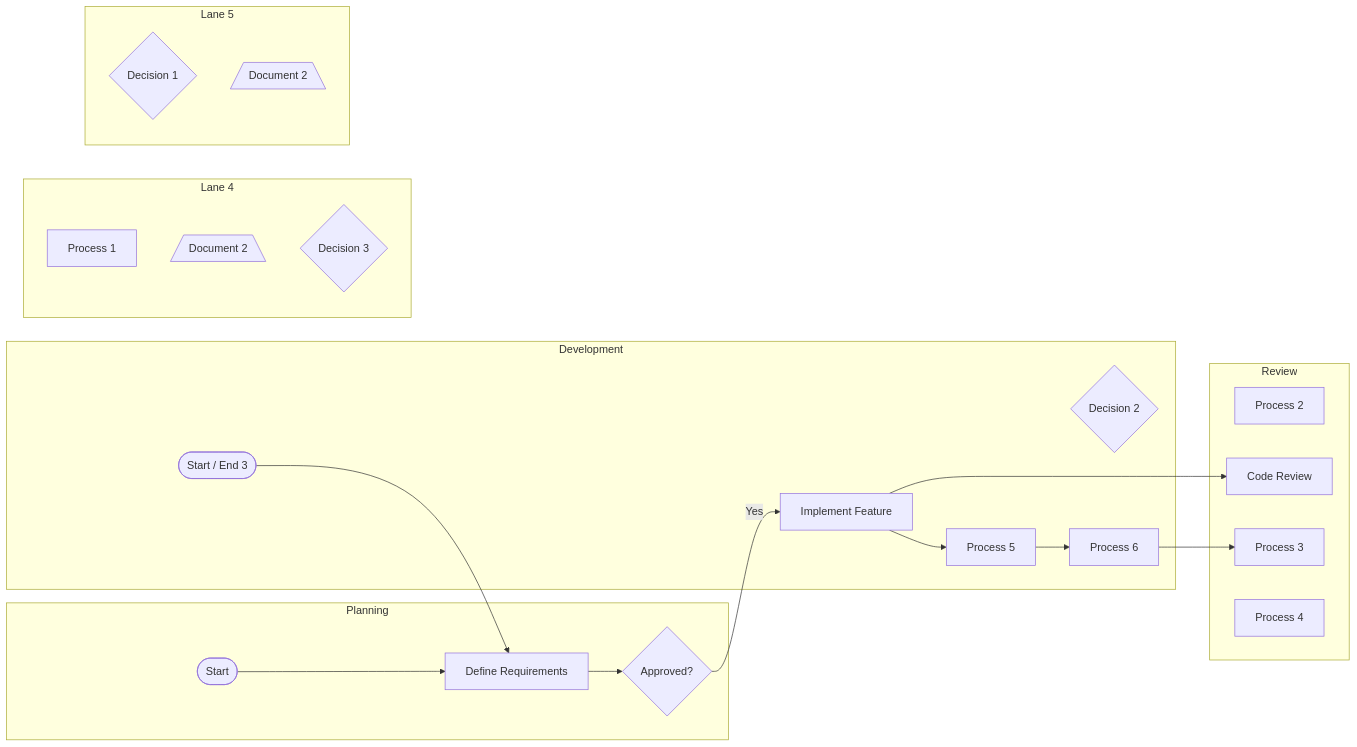
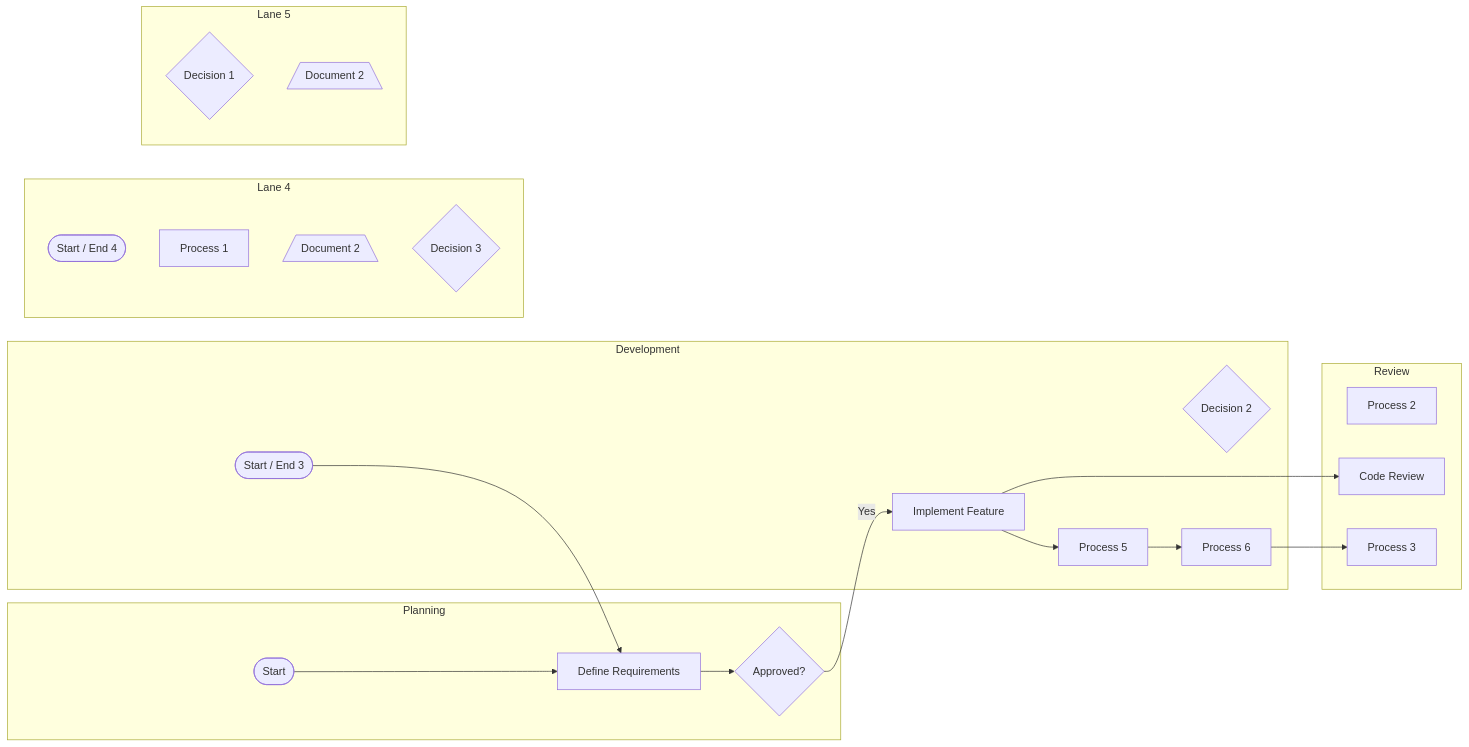
Before and after one commit to pingpm/mermaid_vault: the diagram in mmd/123_9b882ae4-c4df-432b-9e50-9fb05b2c95e5.mmd, drawn with Mermaid. The commit also changed 2 other files, not shown here.

Commit message:
Sync Mermaid Studio data (14 diagrams)

```diff
--- a/mmd/123_9b882ae4-c4df-432b-9e50-9fb05b2c95e5.mmd
+++ b/mmd/123_9b882ae4-c4df-432b-9e50-9fb05b2c95e5.mmd
@@ -1,36 +1,36 @@
 flowchart LR
   subgraph lane_0["Planning"]
     t_0{"Approved?"}
     t_1["Define Requirements"]
     t_2(["Start"])
   end
   subgraph lane_1["Development"]
     t_3{"Decision 2"}
     t_4(["Start / End 3"])
     t_5["Process 6"]
     t_6["Process 5"]
     t_7["Implement Feature"]
   end
   subgraph lane_2["Review"]
     t_8["Process 2"]
     t_9["Code Review"]
     t_10["Process 3"]
-    t_11["Process 4"]
   end
   subgraph lane_3["Lane 4"]
+    t_11(["Start / End 4"])
     t_12["Process 1"]
     t_13[/"Document 2"\]
     t_14{"Decision 3"}
   end
   subgraph lane_4["Lane 5"]
     t_15{"Decision 1"}
     t_16[/"Document 2"\]
   end
   t_0 -->|"Yes"| t_7
   t_7 --> t_9
   t_2 --> t_1
   t_1 --> t_0
   t_4 --> t_1
   t_7 --> t_6
   t_6 --> t_5
   t_5 --> t_10
```
